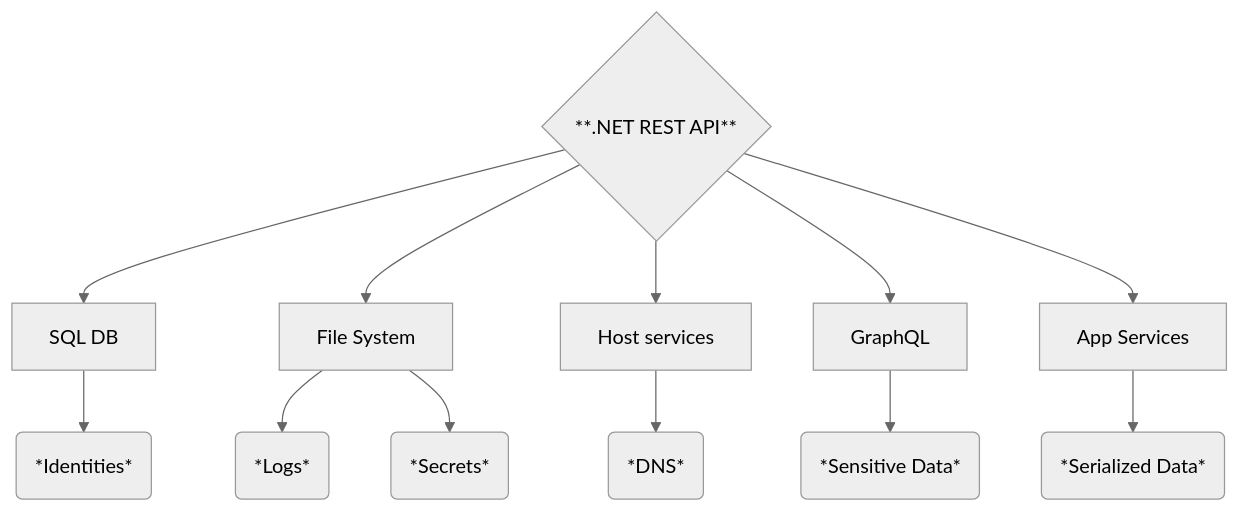
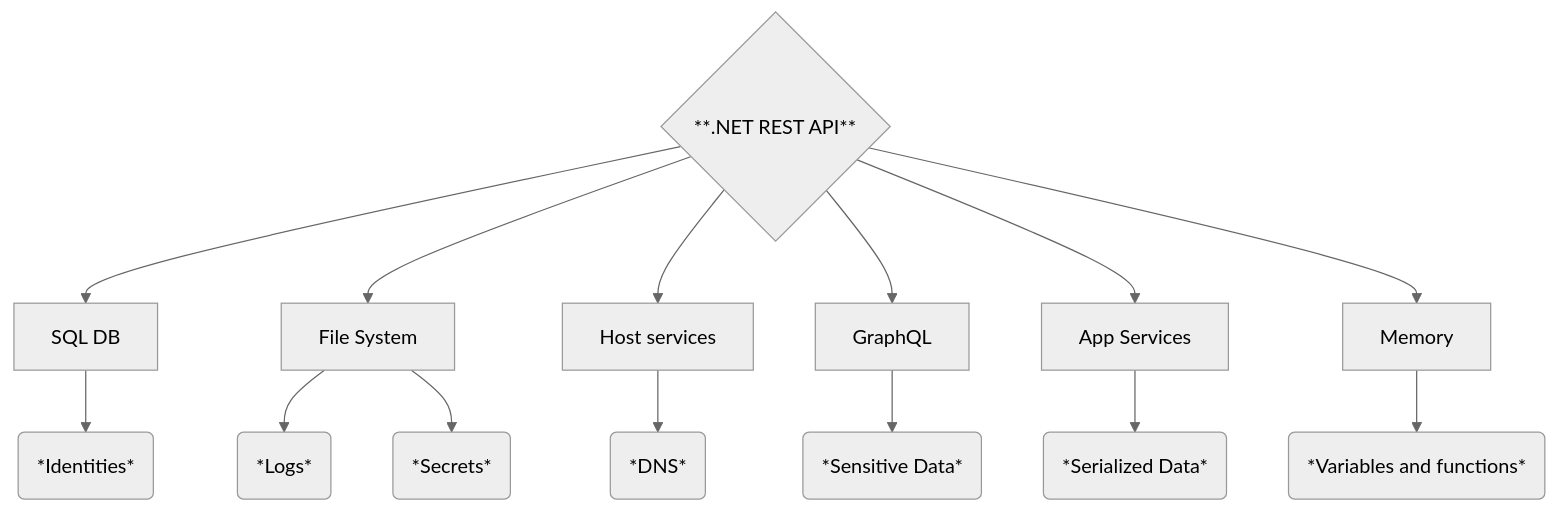
Before and after one commit to Aif4thah/VulnerableLightApp: the diagram in README.md, drawn with Mermaid (neutral theme). The commit also changed other lines of this file and 3 other files, not shown here.

````diff
--- a/README.md
+++ b/README.md
@@ -19,16 +19,18 @@
 ```mermaid
 flowchart TD
     A{**.NET REST API**}
     A --> B[SQL DB]
     A --> C[File System]
     A --> D[Host services]
     A --> F[GraphQL]
     A --> G[App Services]
+    A --> H[Memory]
 
     B --> I(*Identities*)
     C --> J(*Logs*)
     C --> K(*Secrets*)
     D --> L(*DNS*)
     F --> M(*Sensitive Data*)
     G --> O(*Serialized Data*)
+    H --> P(*Variables and functions*)
 ```
````
